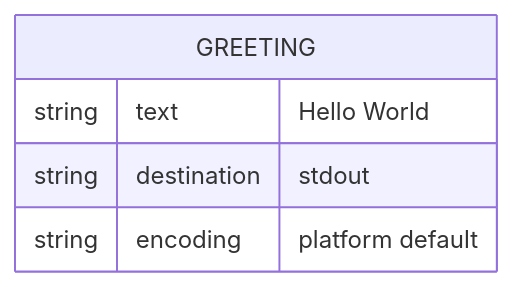
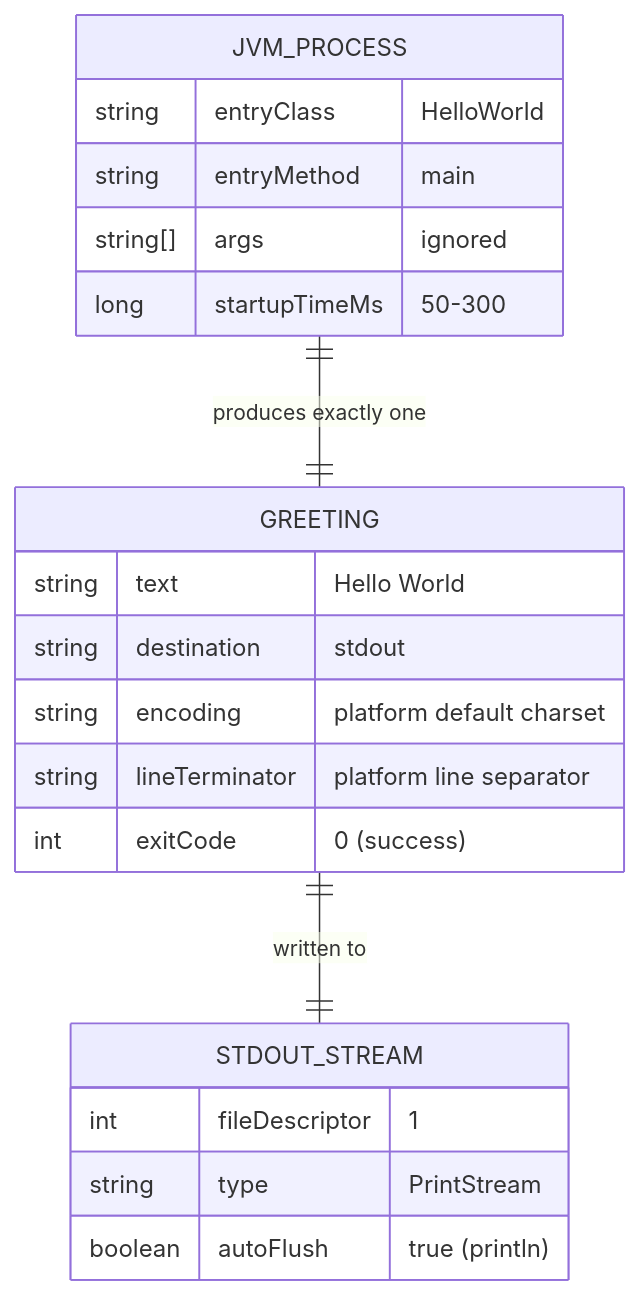
One commit to ktruchcz/copilot-test-ktruchcz changed diagram 17 of 25 in arc42-documentation.md. Above: the diagram before and after it, drawn with Mermaid. The commit also changed other lines of this file, not shown here.

First line of the commit message:
Generate comprehensive Arc42 architecture documentation v2.0.0

````diff
--- a/arc42-documentation.md
+++ b/arc42-documentation.md
@@ -438,8 +904,26 @@
 ```mermaid
 erDiagram
     GREETING {
         string text "Hello World"
         string destination "stdout"
-        string encoding "platform default"
+        string encoding "platform default charset"
+        string lineTerminator "platform line separator"
+        int exitCode "0 (success)"
     }
+
+    JVM_PROCESS {
+        string entryClass "HelloWorld"
+        string entryMethod "main"
+        string[] args "ignored"
+        long startupTimeMs "50-300"
+    }
+
+    STDOUT_STREAM {
+        int fileDescriptor "1"
+        string type "PrintStream"
+        boolean autoFlush "true (println)"
+    }
+
+    JVM_PROCESS ||--|| GREETING : "produces exactly one"
+    GREETING ||--|| STDOUT_STREAM : "written to"
 ```
````
